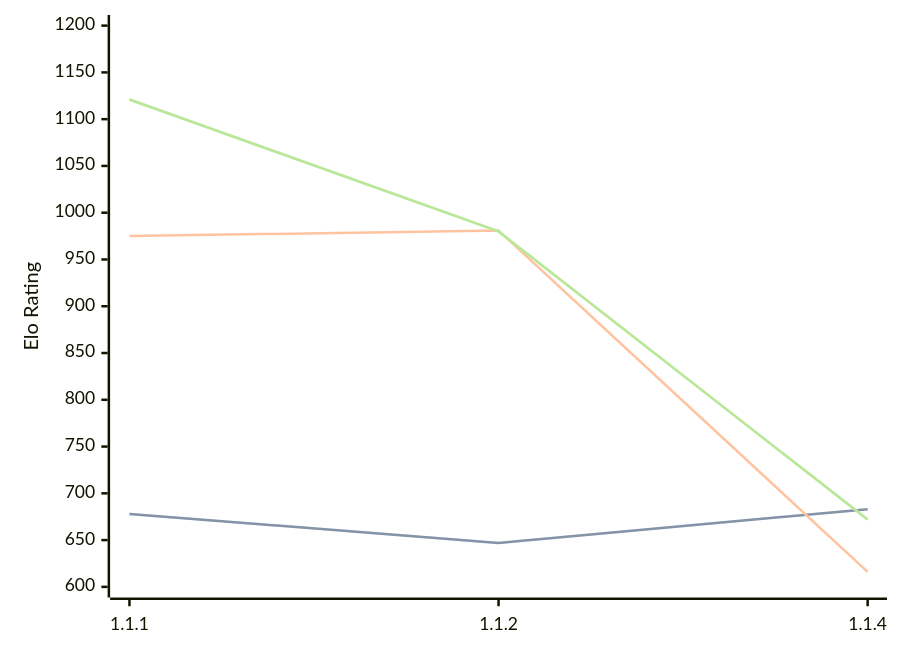
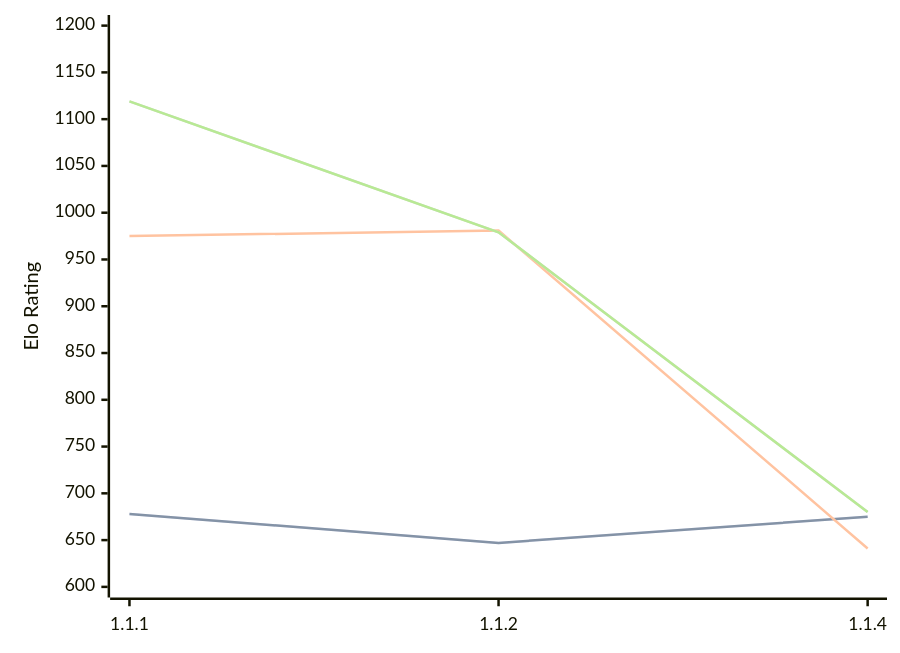
Before and after one commit to computer-chess-index/cci: the third of 3 diagrams in engines/ChessCore.md, drawn with Mermaid. The commit also changed other lines of this file, not shown here.

Commit message:
Update CCI Ratings (ELO VLTC) - 2026-06-20

````diff
--- a/engines/ChessCore.md
+++ b/engines/ChessCore.md
@@ -68,11 +68,11 @@
 ```mermaid
 %%{init: {"theme":"base","themeVariables":{"seriesColors:['#a3a3a3','#222221','#faa371']}}}%%
 xychart-beta
   x-axis ["1.1.1", "1.1.2", "1.1.4"]
   y-axis "Elo Rating" 600 --> 1200
-  line "STC (8.0+0.08s)" [678, 647, 683]
-  line "STC (8.0+0.08s)" [678, 647, 683]
-  line "LTC (60.0+0.60s)" [975, 981, 616]
-  line "VLTC (2m24s+1.12s)" [1121, 980, 672]
-  line "VLTC (2m24s+1.12s)" [1121, 980, 672]
+  line "STC (8.0+0.08s)" [678, 647, 675]
+  line "STC (8.0+0.08s)" [678, 647, 675]
+  line "LTC (60.0+0.60s)" [975, 981, 641]
+  line "VLTC (2m24s+1.12s)" [1119, 979, 680]
+  line "VLTC (2m24s+1.12s)" [1119, 979, 680]
 ```
````
